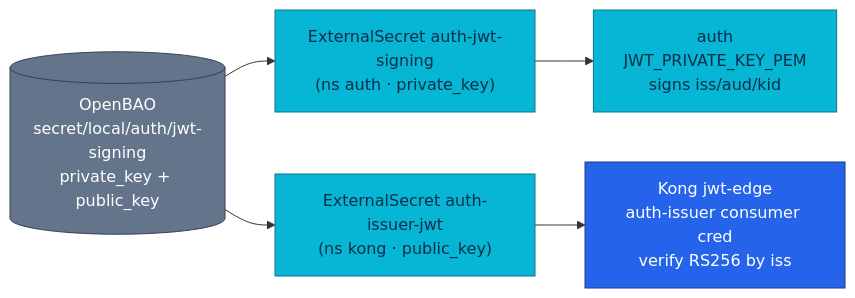
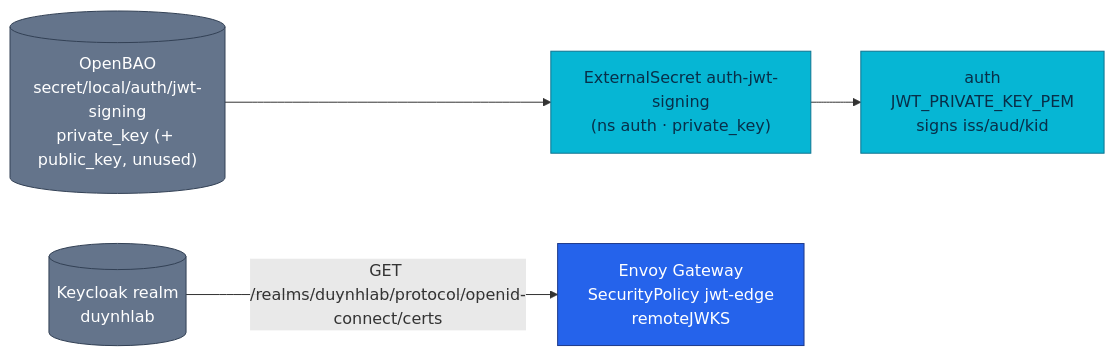
Before and after one commit to duynhlab/homelab: the eighth of 19 diagrams in docs/secrets/openbao.md, drawn with Mermaid. The commit also changed other lines of this file and 30 other files, not shown here.

````diff
--- a/docs/secrets/openbao.md
+++ b/docs/secrets/openbao.md
@@ -396,15 +396,15 @@
 ```mermaid
 flowchart LR
-  KV[("OpenBAO<br/>secret/local/auth/jwt-signing<br/>private_key + public_key")]
+  KV[("OpenBAO<br/>secret/local/auth/jwt-signing<br/>private_key (+ public_key, unused)")]
   ES1["ExternalSecret auth-jwt-signing<br/>(ns auth · private_key)"]
-  ES2["ExternalSecret auth-issuer-jwt<br/>(ns kong · public_key)"]
   AUTH["auth<br/>JWT_PRIVATE_KEY_PEM<br/>signs iss/aud/kid"]
-  KONG["Kong jwt-edge<br/>auth-issuer consumer cred<br/>verify RS256 by iss"]
+  KC[("Keycloak realm<br/>duynhlab")]
+  EDGE["Envoy Gateway<br/>SecurityPolicy jwt-edge<br/>remoteJWKS"]
   KV --> ES1 --> AUTH
-  KV --> ES2 --> KONG
+  KC -->|"GET /realms/duynhlab/protocol/openid-connect/certs"| EDGE
 
   classDef external fill:#64748b,color:#fff,stroke:#334155;
   classDef service fill:#06b6d4,color:#082f49,stroke:#0e7490;
   classDef edge fill:#2563eb,color:#fff,stroke:#1e3a8a;
-  class KV external; class ES1,ES2,AUTH service; class KONG edge;
+  class KV,KC external; class ES1,AUTH service; class EDGE edge;
 ```
````
